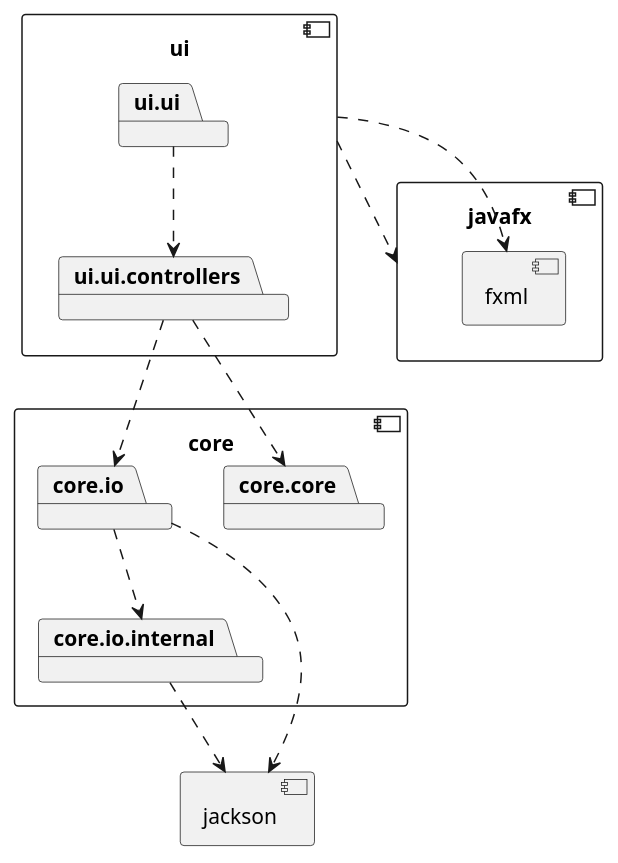
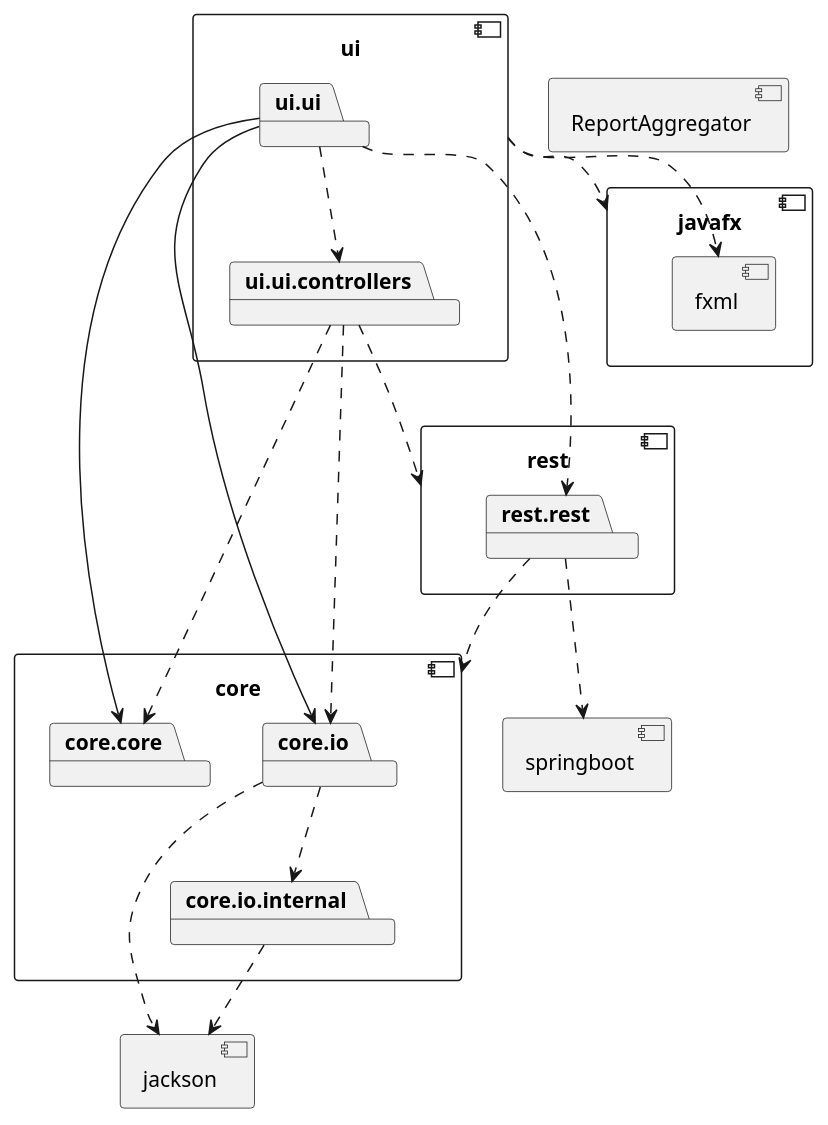
The diagram in Quiz-app/architecture.puml (halvorlinder/IT1909---Quiz-App-Project), drawn with PlantUML before and after one commit.

Commit message:
feat: Add component
Added components for rest api, springboot and the relations between
components and packages

```diff
--- a/Quiz-app/architecture.puml
+++ b/Quiz-app/architecture.puml
@@ -2,42 +2,52 @@
 @startuml
 
 component core {
 	package core.core
 	package core.io
 	package core.io.internal
 }
 
-core.io ..> core.io.internal
-core.io ..> jackson
-core.io.internal ..> jackson
-
 component jackson {
 }
 
+component ReportAggregator{
 
-
+}
 
 component ui {
 	package ui.ui
 	package ui.ui.controllers
 }
 
-ui.ui ..> ui.ui.controllers
-ui.ui.controllers ..> core.core
-ui.ui.controllers ..> core.io
-
 component javafx {
     component fxml{
     }
 }
 
+component rest {
+    package rest.rest
+}
+
+component springboot{
+}
+
+core.io ..> core.io.internal
+core.io ..> jackson
+core.io.internal ..> jackson
+
+ui.ui ..> ui.ui.controllers
+ui.ui.controllers ..> core.core
+ui.ui.controllers ..> core.io
 
 ui ..> javafx
 ui ..> fxml
+ui.ui.controllers ..> rest
+ui.ui ..> rest.rest
+ui.ui --> core.io
+ui.ui --> core.core
 
-
-
-
+rest.rest ..> core
+rest.rest ..> springboot
 
 
 @enduml
```
